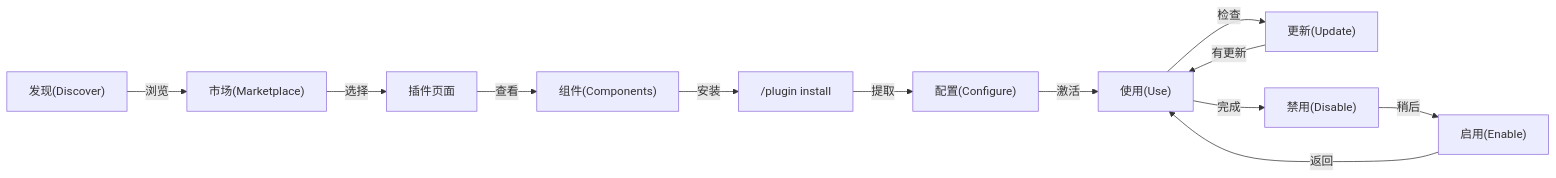
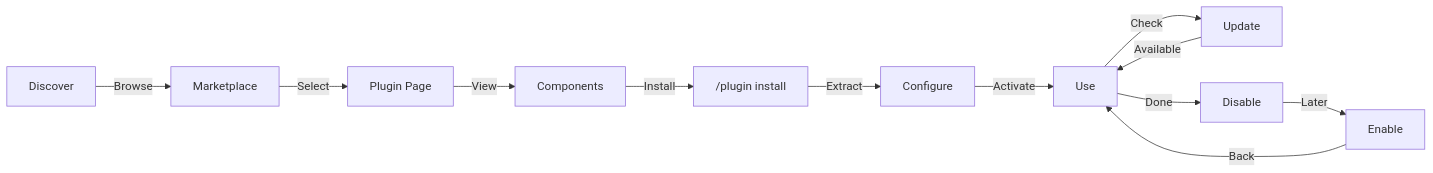
Before and after one commit to Rx782-Fss/claude-howto-zh: the fourth of 5 diagrams in claude-howto-zh/07-plugins/README.md, drawn with Mermaid. The commit also changed other lines of this file and 91 other files, not shown here.

````diff
--- a/claude-howto-zh/07-plugins/README.md
+++ b/claude-howto-zh/07-plugins/README.md
@@ -564,14 +621,14 @@
 ```mermaid
 graph LR
-    A["发现(Discover)"] -->|浏览| B["市场(Marketplace)"]
-    B -->|选择| C["插件页面"]
-    C -->|查看| D["组件(Components)"]
-    D -->|安装| E["/plugin install"]
-    E -->|提取| F["配置(Configure)"]
-    F -->|激活| G["使用(Use)"]
-    G -->|检查| H["更新(Update)"]
-    H -->|有更新| G
-    G -->|完成| I["禁用(Disable)"]
-    I -->|稍后| J["启用(Enable)"]
-    J -->|返回| G
+    A["Discover"] -->|Browse| B["Marketplace"]
+    B -->|Select| C["Plugin Page"]
+    C -->|View| D["Components"]
+    D -->|Install| E["/plugin install"]
+    E -->|Extract| F["Configure"]
+    F -->|Activate| G["Use"]
+    G -->|Check| H["Update"]
+    H -->|Available| G
+    G -->|Done| I["Disable"]
+    I -->|Later| J["Enable"]
+    J -->|Back| G
 ```
````
